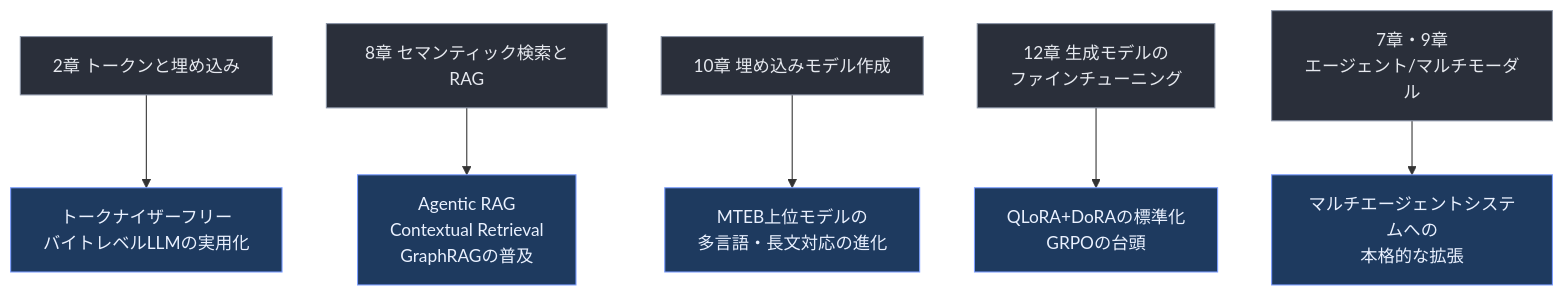
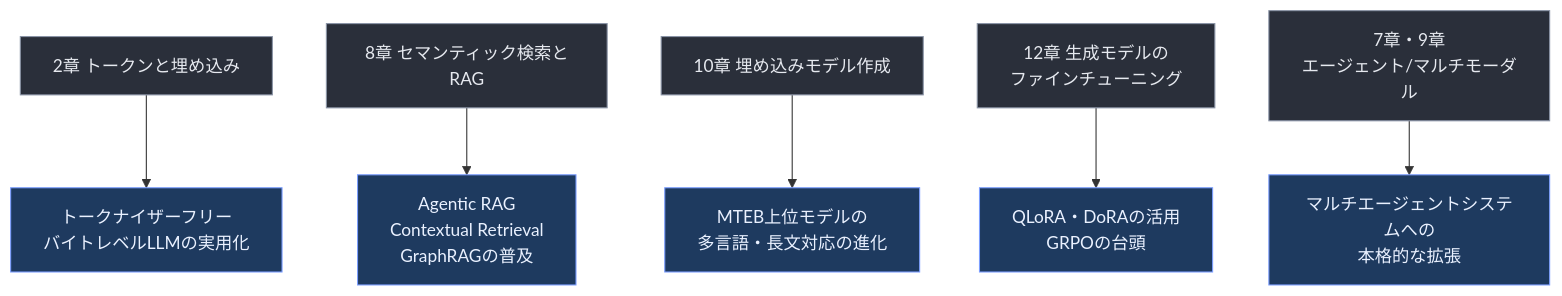
Before and after one commit to myoshi2891/Comparison-of-LLMs: diagram 26 of 27 in Hands-on-large-language-models-guide.md, drawn with Mermaid. The commit also changed other lines of this file and 3 other files, not shown here.

Commit message:
docs(guides): refine technical descriptions, diagrams, and reference links across study guides

````diff
--- a/Hands-on-large-language-models-guide.md
+++ b/Hands-on-large-language-models-guide.md
@@ -692,13 +692,13 @@
 ```mermaid
 flowchart TB
     Ch2["2章 トークンと埋め込み"] --> T1["トークナイザーフリー<br/>バイトレベルLLMの実用化"]
     Ch8["8章 セマンティック検索とRAG"] --> T2["Agentic RAG<br/>Contextual Retrieval<br/>GraphRAGの普及"]
     Ch10["10章 埋め込みモデル作成"] --> T3["MTEB上位モデルの<br/>多言語・長文対応の進化"]
-    Ch12["12章 生成モデルの<br/>ファインチューニング"] --> T4["QLoRA+DoRAの標準化<br/>GRPOの台頭"]
+    Ch12["12章 生成モデルの<br/>ファインチューニング"] --> T4["QLoRA・DoRAの活用<br/>GRPOの台頭"]
     Ch7_9["7章・9章<br/>エージェント/マルチモーダル"] --> T5["マルチエージェントシステムへの<br/>本格的な拡張"]
 
     classDef chapStyle fill:#2a2f3a,stroke:#8a94a6,color:#e6e9ef
     classDef trendStyle fill:#1e3a5f,stroke:#7c9eff,color:#eaf1ff
     class Ch2,Ch8,Ch10,Ch12,Ch7_9 chapStyle
     class T1,T2,T3,T4,T5 trendStyle
 ```
````
